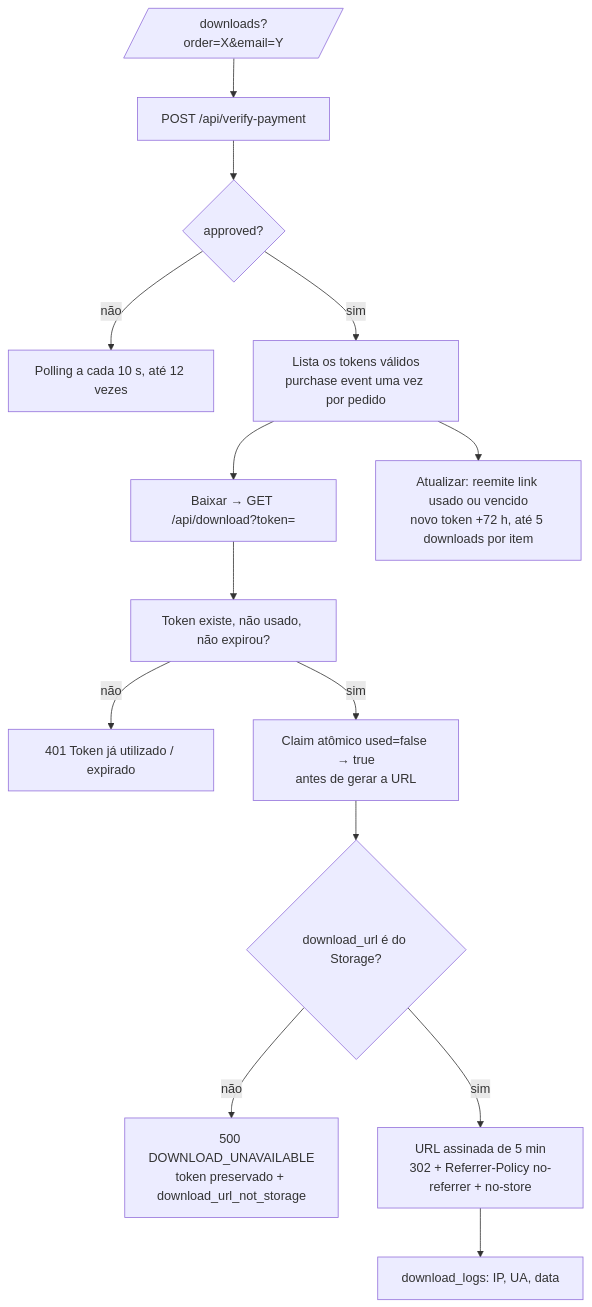
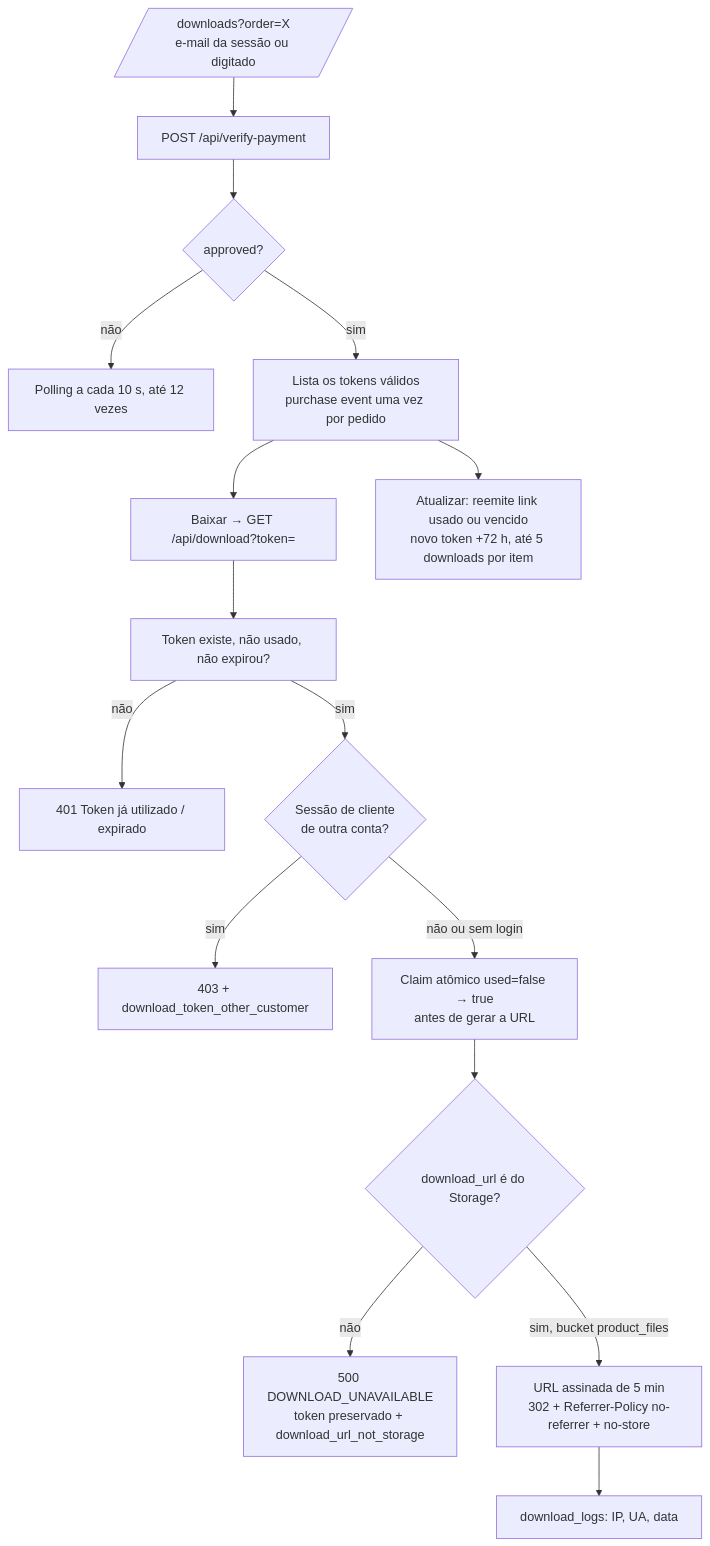
Before and after one commit to JoaoLuisC/Atelie-escolar: the sixth of 17 diagrams in docs/05-FLUXOS.md, drawn with Mermaid. The commit also changed other lines of this file and 95 other files, not shown here.

````diff
--- a/docs/05-FLUXOS.md
+++ b/docs/05-FLUXOS.md
@@ -204,16 +224,18 @@
 ```mermaid
 flowchart TD
-    A[/downloads?order=X&email=Y/] --> B[POST /api/verify-payment]
+    A[/downloads?order=X<br/>e-mail da sessão ou digitado/] --> B[POST /api/verify-payment]
     B --> C{approved?}
     C -->|não| C1[Polling a cada 10 s, até 12 vezes]
     C -->|sim| D[Lista os tokens válidos<br/>purchase event uma vez por pedido]
     D --> E[Baixar → GET /api/download?token=]
     E --> F[Token existe, não usado, não expirou?]
     F -->|não| F1[401 Token já utilizado / expirado]
-    F -->|sim| G[Claim atômico used=false → true<br/>antes de gerar a URL]
+    F -->|sim| S{Sessão de cliente<br/>de outra conta?}
+    S -->|sim| S1[403 + download_token_other_customer]
+    S -->|não ou sem login| G[Claim atômico used=false → true<br/>antes de gerar a URL]
     G --> H{download_url é do Storage?}
     H -->|não| H1[500 DOWNLOAD_UNAVAILABLE<br/>token preservado + download_url_not_storage]
-    H -->|sim| I[URL assinada de 5 min<br/>302 + Referrer-Policy no-referrer + no-store]
+    H -->|sim, bucket product_files| I[URL assinada de 5 min<br/>302 + Referrer-Policy no-referrer + no-store]
     I --> J[download_logs: IP, UA, data]
     D --> K[Atualizar: reemite link usado ou vencido<br/>novo token +72 h, até 5 downloads por item]
 ```
````
